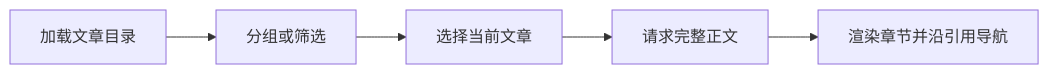
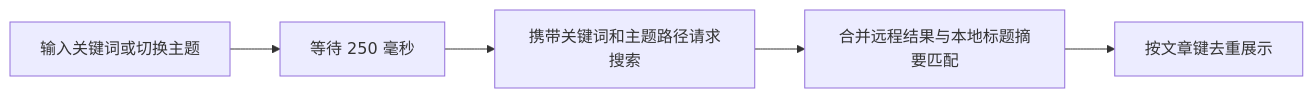
One commit to lejunyang/omem changed the diagram in .repo-review/knowledge/articles/cb98ae49e639ca46a724f14b8c3f204b0ccb2ac59342a7813a1e9e0df43d7e1a.md. Above: the diagram before and after it, drawn with Mermaid. The commit also changed other lines of this file and 97 other files, not shown here.

````diff
--- a/.repo-review/knowledge/articles/cb98ae49e639ca46a724f14b8c3f204b0ccb2ac59342a7813a1e9e0df43d7e1a.md
+++ b/.repo-review/knowledge/articles/cb98ae49e639ca46a724f14b8c3f204b0ccb2ac59342a7813a1e9e0df43d7e1a.md
@@ -19,7 +21,7 @@
 ```mermaid
 flowchart LR
-  A[加载文章目录] --> B[分组或筛选]
-  B --> C[选择当前文章]
-  C --> D[请求完整正文]
-  D --> E[渲染章节并沿引用导航]
+  A[输入关键词或切换主题] --> B[等待 250 毫秒]
+  B --> C[携带关键词和主题路径请求搜索]
+  C --> D[合并远程结果与本地标题摘要匹配]
+  D --> E[按文章键去重展示]
 ```
````
